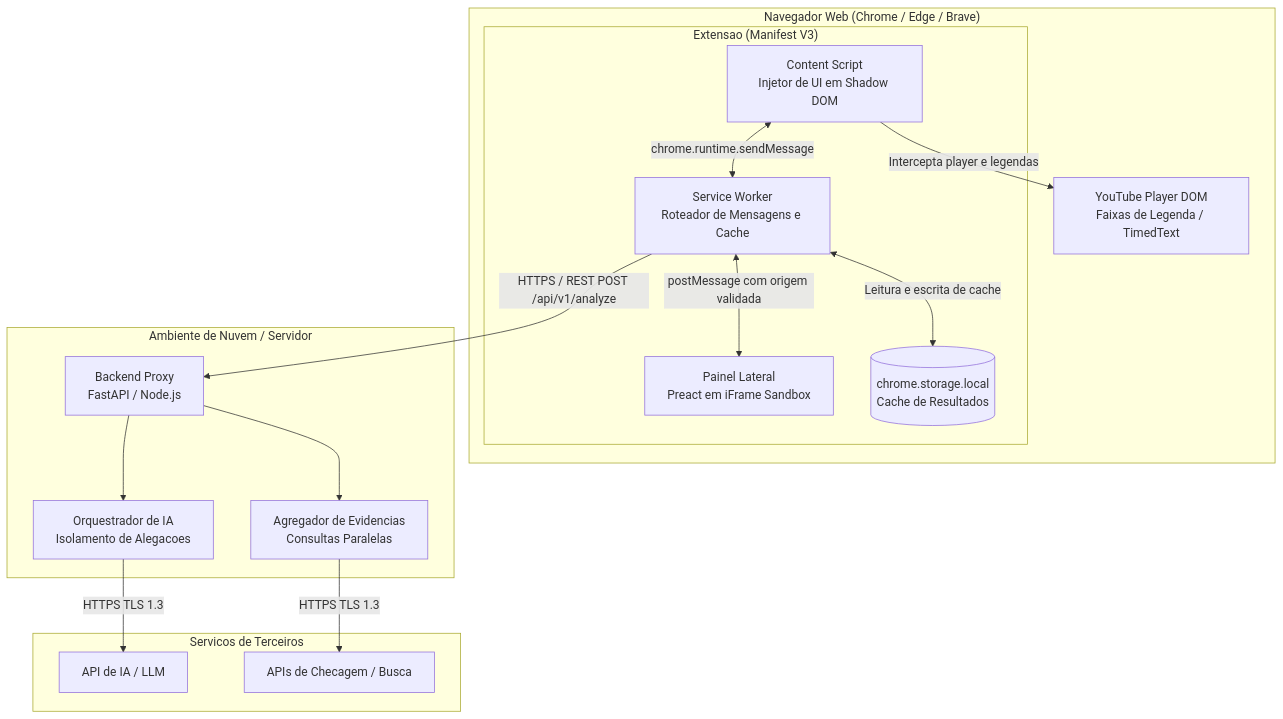
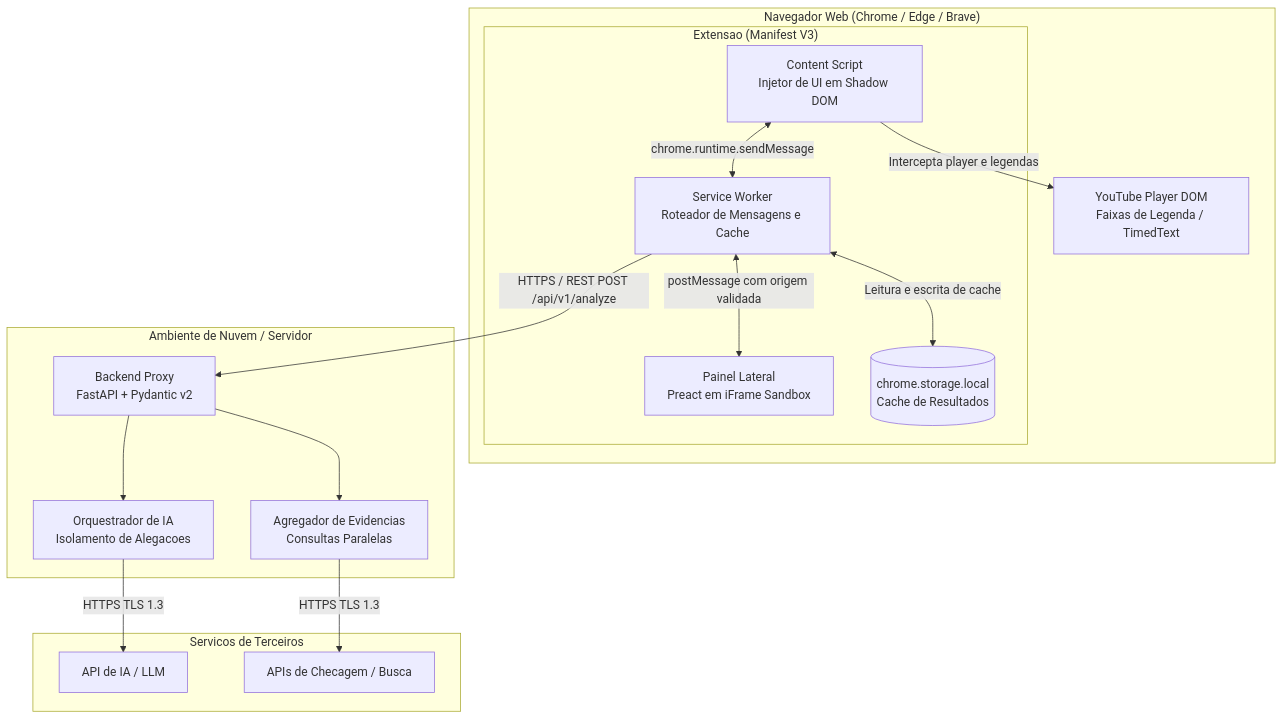
The second of 3 diagrams in docs/tecnico/arquitetura.md (evidencia-grupo/documentation), drawn with Mermaid before and after one commit. The commit also changed other lines of this file and 7 other files, not shown here.

Commit message:
docs(architecture): document technology stack decision (ADR-004), monorepo topology, and sprint planning

````diff
--- a/docs/tecnico/arquitetura.md
+++ b/docs/tecnico/arquitetura.md
@@ -52,34 +53,34 @@
 ```mermaid
 flowchart TB
     subgraph Browser["Navegador Web (Chrome / Edge / Brave)"]
         subgraph ExtensionContext["Extensao (Manifest V3)"]
             CS[Content Script\nInjetor de UI em Shadow DOM]
             SW[Service Worker\nRoteador de Mensagens e Cache]
             UI[Painel Lateral\nPreact em iFrame Sandbox]
             Storage[(chrome.storage.local\nCache de Resultados)]
         end
         YTPlayer[YouTube Player DOM\nFaixas de Legenda / TimedText]
     end
 
     subgraph Backend["Ambiente de Nuvem / Servidor"]
-        Proxy[Backend Proxy\nFastAPI / Node.js]
+        Proxy[Backend Proxy\nFastAPI + Pydantic v2]
         LLMOrch[Orquestrador de IA\nIsolamento de Alegacoes]
         SearchOrch[Agregador de Evidencias\nConsultas Paralelas]
     end
 
     subgraph ExternalServices["Servicos de Terceiros"]
         LLMAPI[API de IA / LLM]
         FactCheckAPI[APIs de Checagem / Busca]
     end
 
     CS -->|Intercepta player e legendas| YTPlayer
     CS <-->|chrome.runtime.sendMessage| SW
     SW <-->|Leitura e escrita de cache| Storage
     SW <-->|postMessage com origem validada| UI
     SW -->|HTTPS / REST POST /api/v1/analyze| Proxy
 
     Proxy --> LLMOrch
     Proxy --> SearchOrch
     LLMOrch -->|HTTPS TLS 1.3| LLMAPI
     SearchOrch -->|HTTPS TLS 1.3| FactCheckAPI
 ```
````
